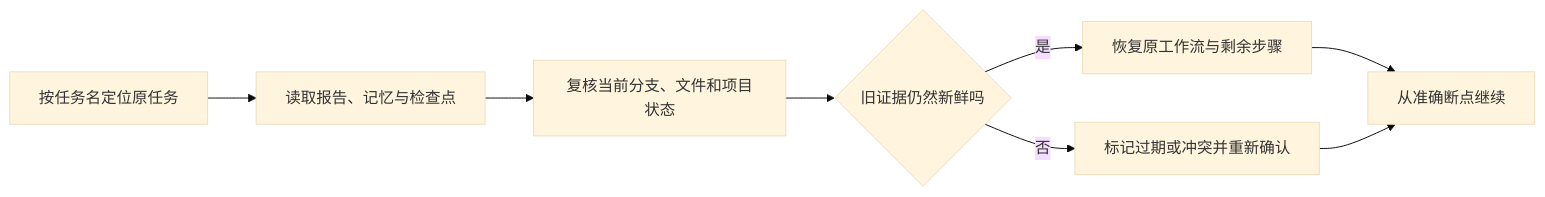
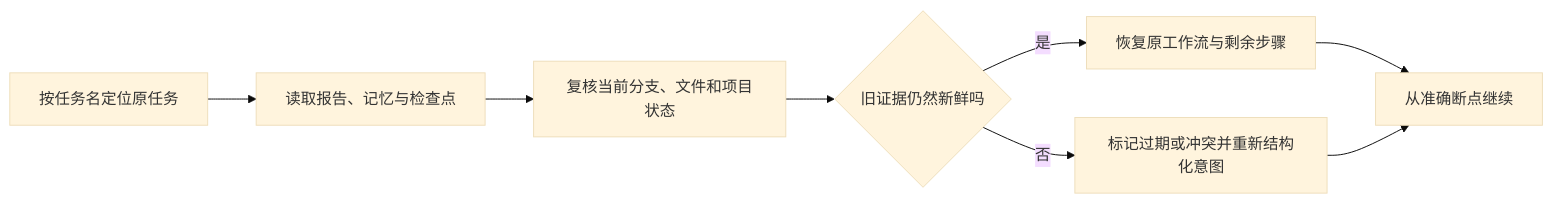
Before and after one commit to devcodex-labs/devcodex: the second of 2 diagrams in README.md, drawn with Mermaid (base theme). The commit also changed other lines of this file and 24 other files, not shown here.

````diff
--- a/README.md
+++ b/README.md
@@ -257,10 +257,10 @@
 ```mermaid
 flowchart LR
     A[按任务名定位原任务] --> B[读取报告、记忆与检查点]
     B --> C[复核当前分支、文件和项目状态]
     C --> D{旧证据仍然新鲜吗}
     D -- 是 --> E[恢复原工作流与剩余步骤]
-    D -- 否 --> F[标记过期或冲突并重新确认]
+    D -- 否 --> F[标记过期或冲突并重新结构化意图]
     E --> G[从准确断点继续]
     F --> G
 ```
````
